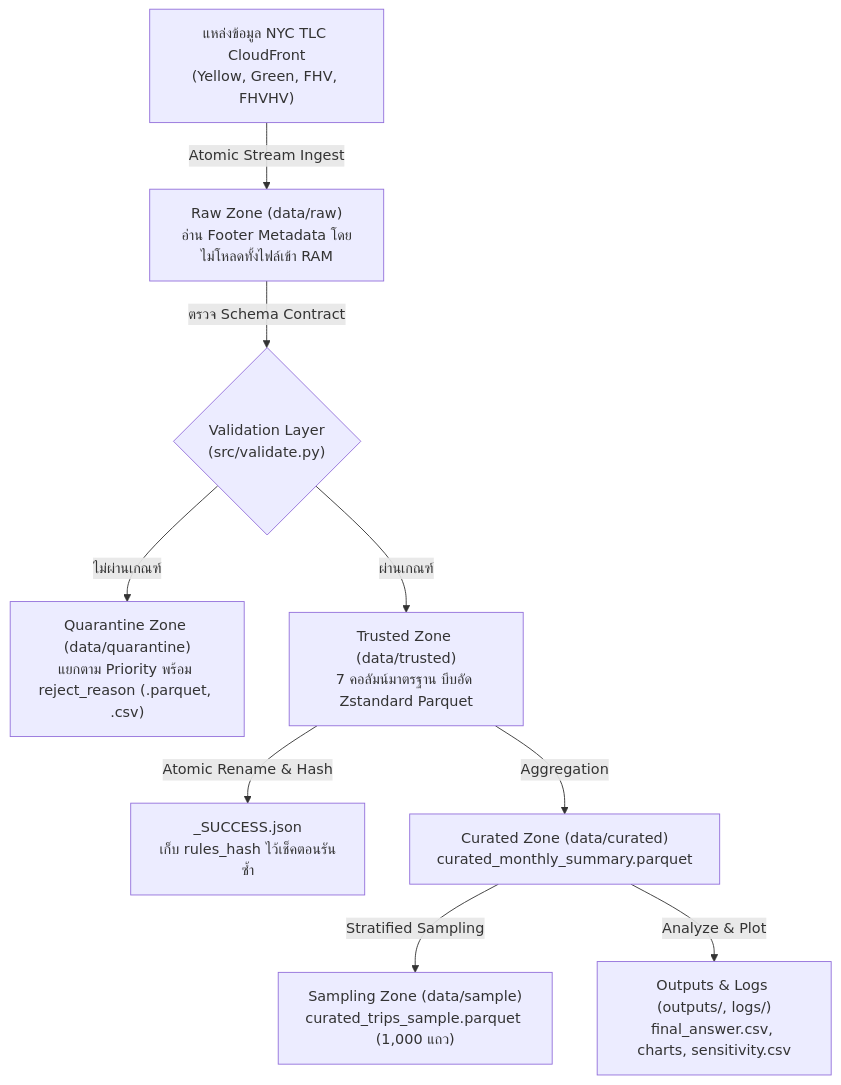
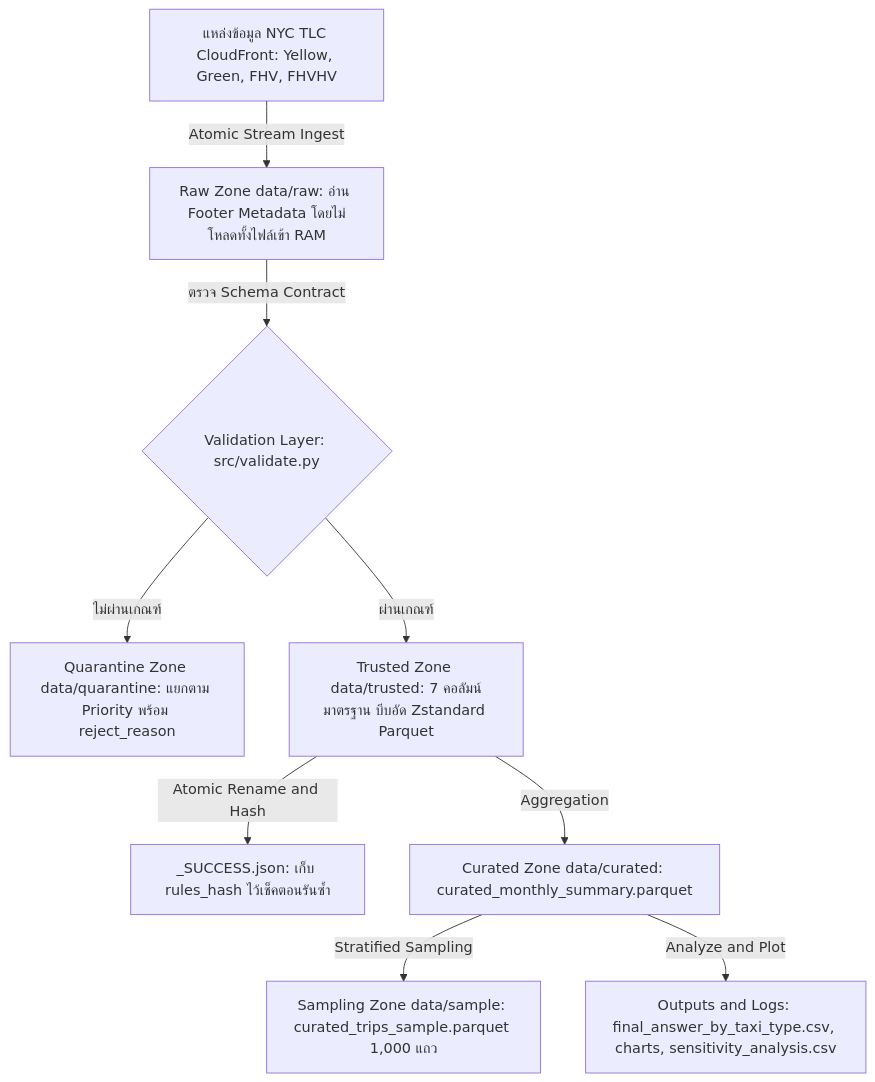
The diagram in README.md (PurinatWanthanathanya/NYCTAXI2_BIGDATA), drawn with Mermaid before and after one commit. The commit also changed other lines of this file and 4 other files, not shown here.

````diff
--- a/README.md
+++ b/README.md
@@ -114,11 +119,11 @@
 ```mermaid
 flowchart TD
-    A["แหล่งข้อมูล NYC TLC CloudFront<br/>(Yellow, Green, FHV, FHVHV)"] -->|Atomic Stream Ingest| B["Raw Zone (data/raw)<br/>อ่าน Footer Metadata โดยไม่โหลดทั้งไฟล์เข้า RAM"]
-    B -->|ตรวจ Schema Contract| C{"Validation Layer<br/>(src/validate.py)"}
-    C -->|ไม่ผ่านเกณฑ์| D["Quarantine Zone (data/quarantine)<br/>แยกตาม Priority พร้อม reject_reason (.parquet, .csv)"]
-    C -->|ผ่านเกณฑ์| E["Trusted Zone (data/trusted)<br/>7 คอลัมน์มาตรฐาน บีบอัด Zstandard Parquet"]
-    E -->|Atomic Rename & Hash| F["_SUCCESS.json<br/>เก็บ rules_hash ไว้เช็คตอนรันซ้ำ"]
-    E -->|Aggregation| G["Curated Zone (data/curated)<br/>curated_monthly_summary.parquet"]
-    G -->|Stratified Sampling| H["Sampling Zone (data/sample)<br/>curated_trips_sample.parquet (1,000 แถว)"]
-    G -->|Analyze & Plot| I["Outputs & Logs (outputs/, logs/)<br/>final_answer.csv, charts, sensitivity.csv"]
+    A["แหล่งข้อมูล NYC TLC CloudFront: Yellow, Green, FHV, FHVHV"] -->|Atomic Stream Ingest| B["Raw Zone data/raw: อ่าน Footer Metadata โดยไม่โหลดทั้งไฟล์เข้า RAM"]
+    B -->|ตรวจ Schema Contract| C{"Validation Layer: src/validate.py"}
+    C -->|ไม่ผ่านเกณฑ์| D["Quarantine Zone data/quarantine: แยกตาม Priority พร้อม reject_reason"]
+    C -->|ผ่านเกณฑ์| E["Trusted Zone data/trusted: 7 คอลัมน์มาตรฐาน บีบอัด Zstandard Parquet"]
+    E -->|Atomic Rename and Hash| F["_SUCCESS.json: เก็บ rules_hash ไว้เช็คตอนรันซ้ำ"]
+    E -->|Aggregation| G["Curated Zone data/curated: curated_monthly_summary.parquet"]
+    G -->|Stratified Sampling| H["Sampling Zone data/sample: curated_trips_sample.parquet 1,000 แถว"]
+    G -->|Analyze and Plot| I["Outputs and Logs: final_answer_by_taxi_type.csv, charts, sensitivity_analysis.csv"]
 ```
````
